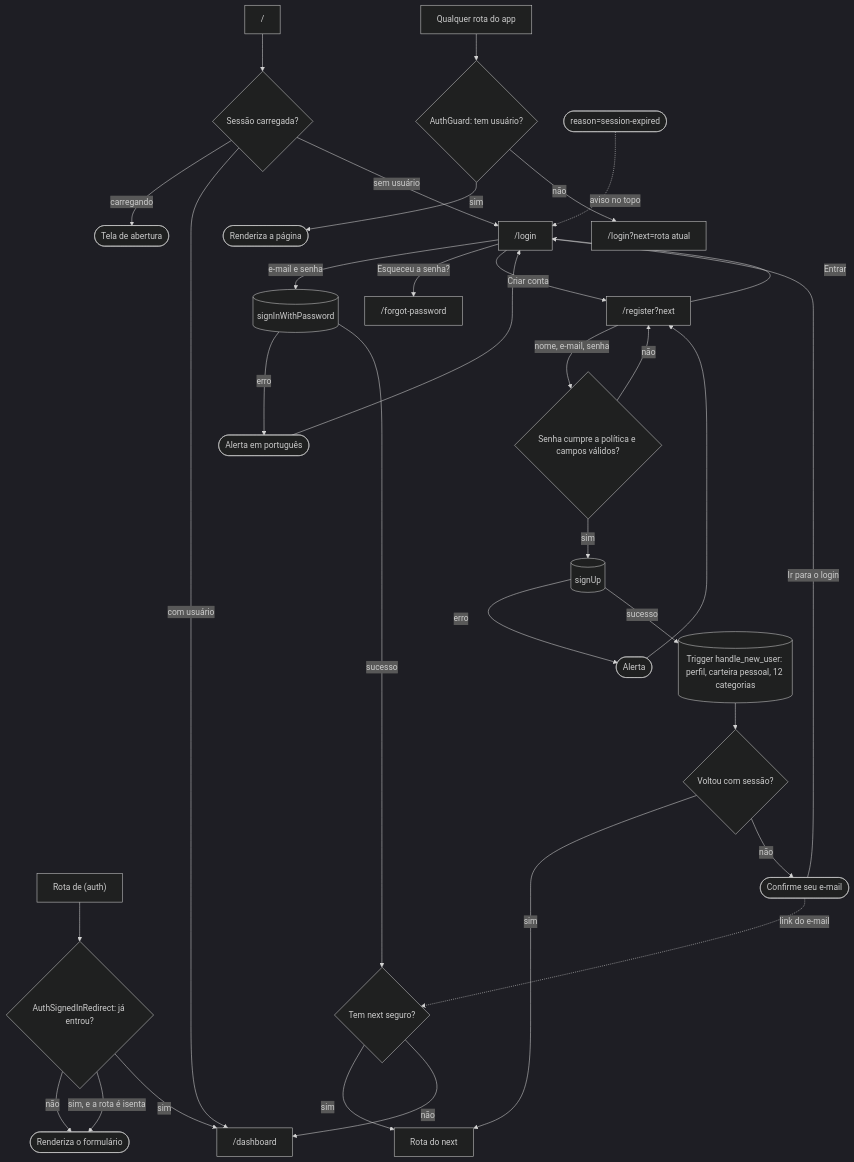
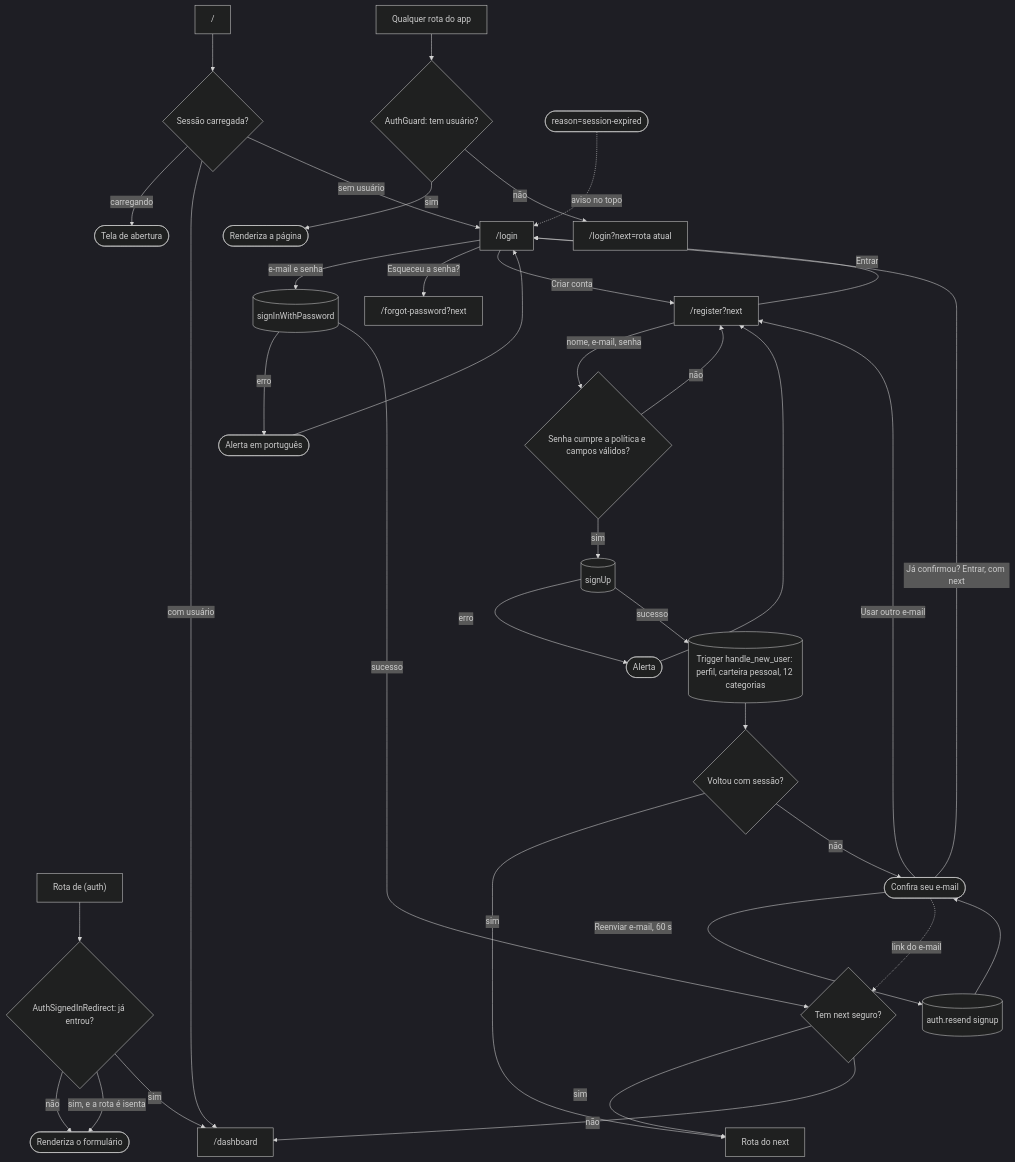
One commit to kauax2000/finance_app changed the second of 14 diagrams in docs/JORNADAS.md. Above: the diagram before and after it, drawn with Mermaid. The commit also changed other lines of this file and 3 other files, not shown here.

Commit message:
docs(jornadas): reenviar, next na recuperação e status de convite

````diff
--- a/docs/JORNADAS.md
+++ b/docs/JORNADAS.md
@@ -107,38 +108,40 @@
 ```mermaid
 %%{init: {"theme": "dark"}}%%
 flowchart TD
     root["/"] --> loading{"Sessão carregada?"}
     loading -->|"carregando"| bootscreen(["Tela de abertura"])
     loading -->|"com usuário"| dash["/dashboard"]
     loading -->|"sem usuário"| login["/login"]
 
     protected["Qualquer rota do app"] --> guard{"AuthGuard: tem usuário?"}
     guard -->|"sim"| page(["Renderiza a página"])
     guard -->|"não"| loginNext["/login?next=rota atual"]
 
     authRoute["Rota de (auth)"] --> backGuard{"AuthSignedInRedirect: já entrou?"}
     backGuard -->|"não"| form(["Renderiza o formulário"])
     backGuard -->|"sim, e a rota é isenta"| form
     backGuard -->|"sim"| dash
 
     login -->|"e-mail e senha"| signin[("signInWithPassword")]
     signin -->|"erro"| loginErr(["Alerta em português"]) --> login
     signin -->|"sucesso"| nextOk{"Tem next seguro?"}
     nextOk -->|"sim"| back["Rota do next"]
     nextOk -->|"não"| dash
-    login -->|"Esqueceu a senha?"| forgot["/forgot-password"]
+    login -->|"Esqueceu a senha?"| forgot["/forgot-password?next"]
     login -->|"Criar conta"| register["/register?next"]
     revoked(["reason=session-expired"]) -.->|"aviso no topo"| login
 
     register -->|"nome, e-mail, senha"| valid{"Senha cumpre a política e campos válidos?"}
     valid -->|"não"| register
     valid -->|"sim"| signup[("signUp")]
     signup -->|"erro"| regErr(["Alerta"]) --> register
     signup -->|"sucesso"| trigger[("Trigger handle_new_user: perfil, carteira pessoal, 12 categorias")]
     trigger --> hasSession{"Voltou com sessão?"}
     hasSession -->|"sim"| back
-    hasSession -->|"não"| confirm(["Confirme seu e-mail"])
-    confirm -->|"Ir para o login"| login
+    hasSession -->|"não"| confirm(["Confira seu e-mail"])
+    confirm -->|"Reenviar e-mail, 60 s"| resendSignup[("auth.resend signup")] --> confirm
+    confirm -->|"Usar outro e-mail"| register
+    confirm -->|"Já confirmou? Entrar, com next"| login
     confirm -.->|"link do e-mail"| nextOk
     register -->|"Entrar"| login
 ```
````
